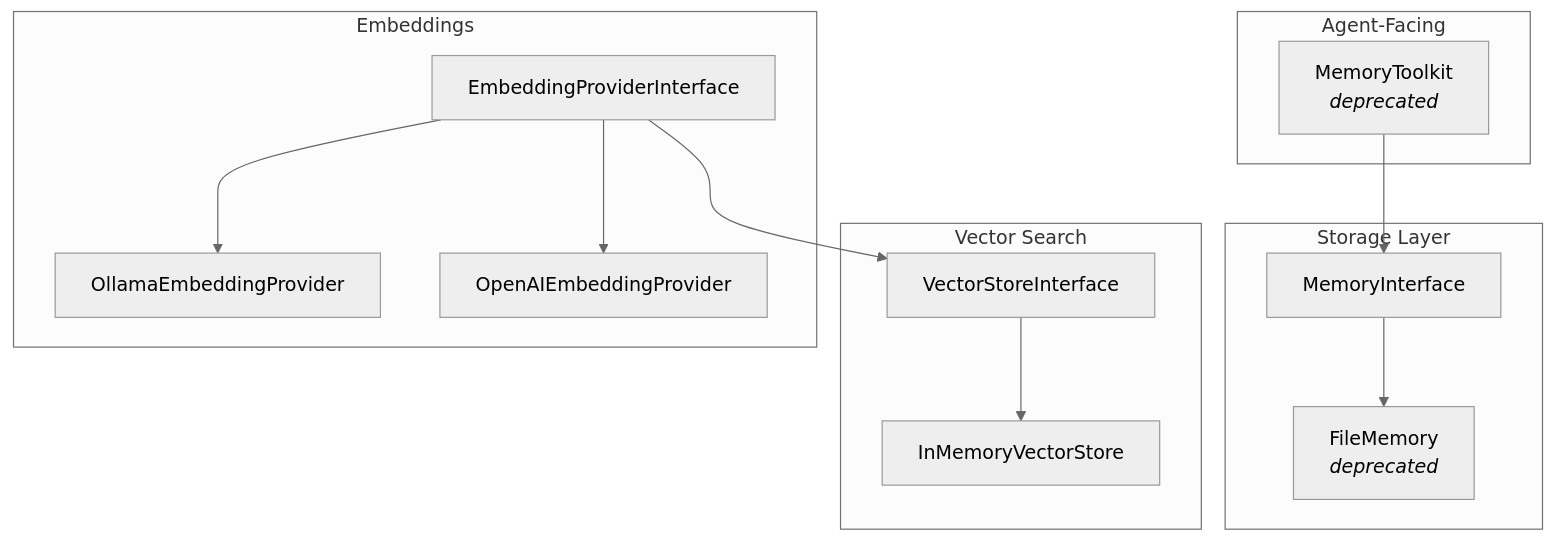
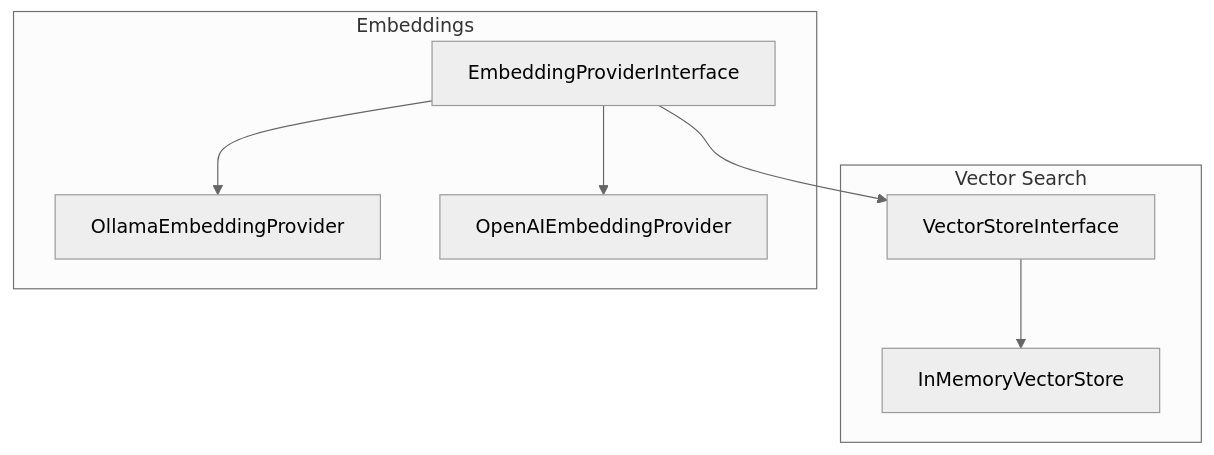
The eighth of 9 diagrams in docs/ARCHITECTURE.md (carmelosantana/php-agents), drawn with Mermaid (neutral theme) before and after one commit. The commit also changed other lines of this file and 16 other files, not shown here.

````diff
--- a/docs/ARCHITECTURE.md
+++ b/docs/ARCHITECTURE.md
@@ -382,29 +369,18 @@
 ```mermaid
 graph TB
-    subgraph "Agent-Facing"
-        MTK[MemoryToolkit<br/><i>deprecated</i>]
-    end
-
-    subgraph "Storage Layer"
-        MI[MemoryInterface]
-        FM[FileMemory<br/><i>deprecated</i>]
-    end
-
     subgraph "Vector Search"
         VSI[VectorStoreInterface]
         IMVS[InMemoryVectorStore]
     end
 
     subgraph "Embeddings"
         EPI[EmbeddingProviderInterface]
         OEP[OllamaEmbeddingProvider]
         OAEP[OpenAIEmbeddingProvider]
     end
 
-    MTK --> MI
-    MI --> FM
     EPI --> OEP
     EPI --> OAEP
     EPI --> VSI
     VSI --> IMVS
 ```
````
